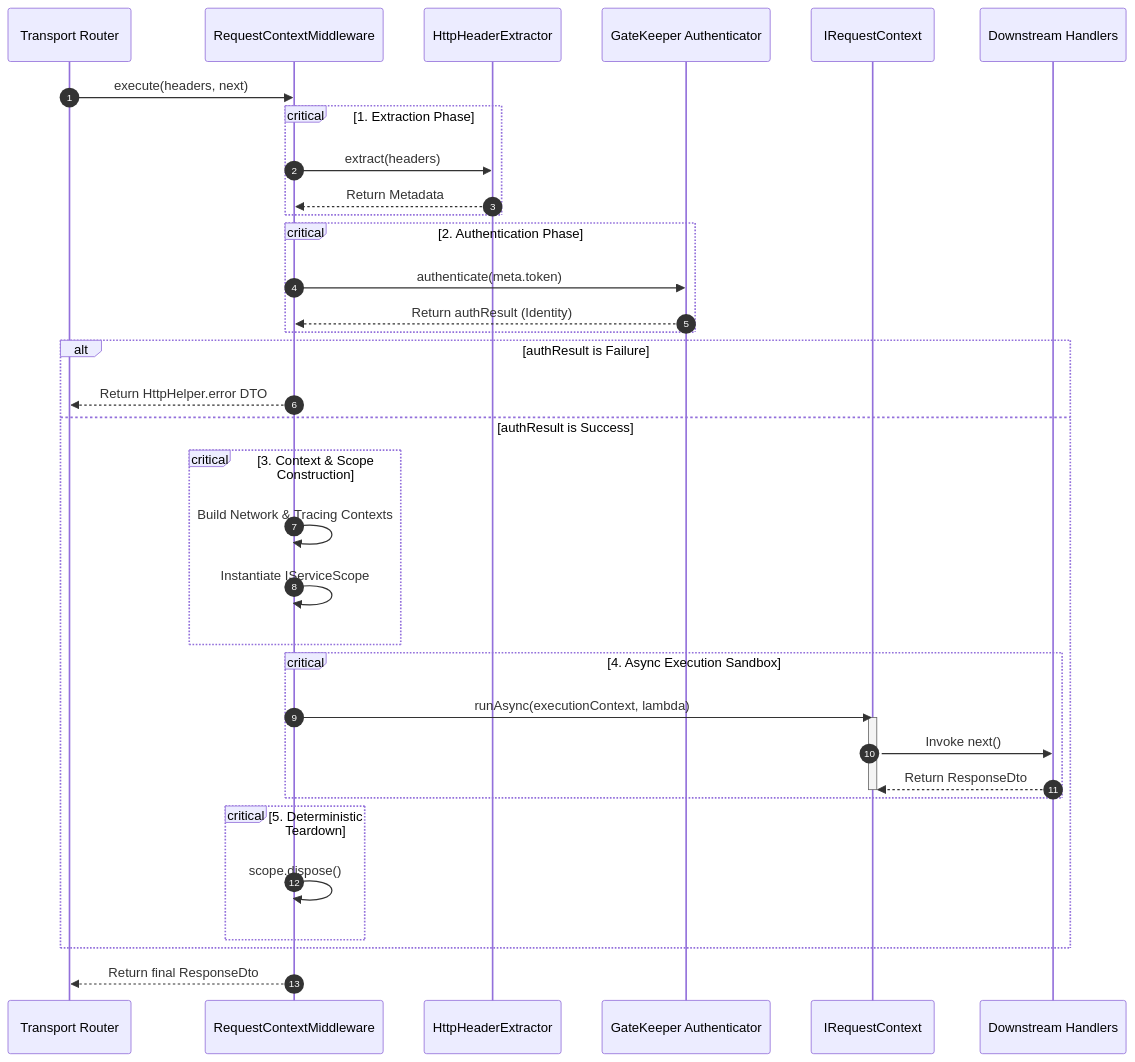
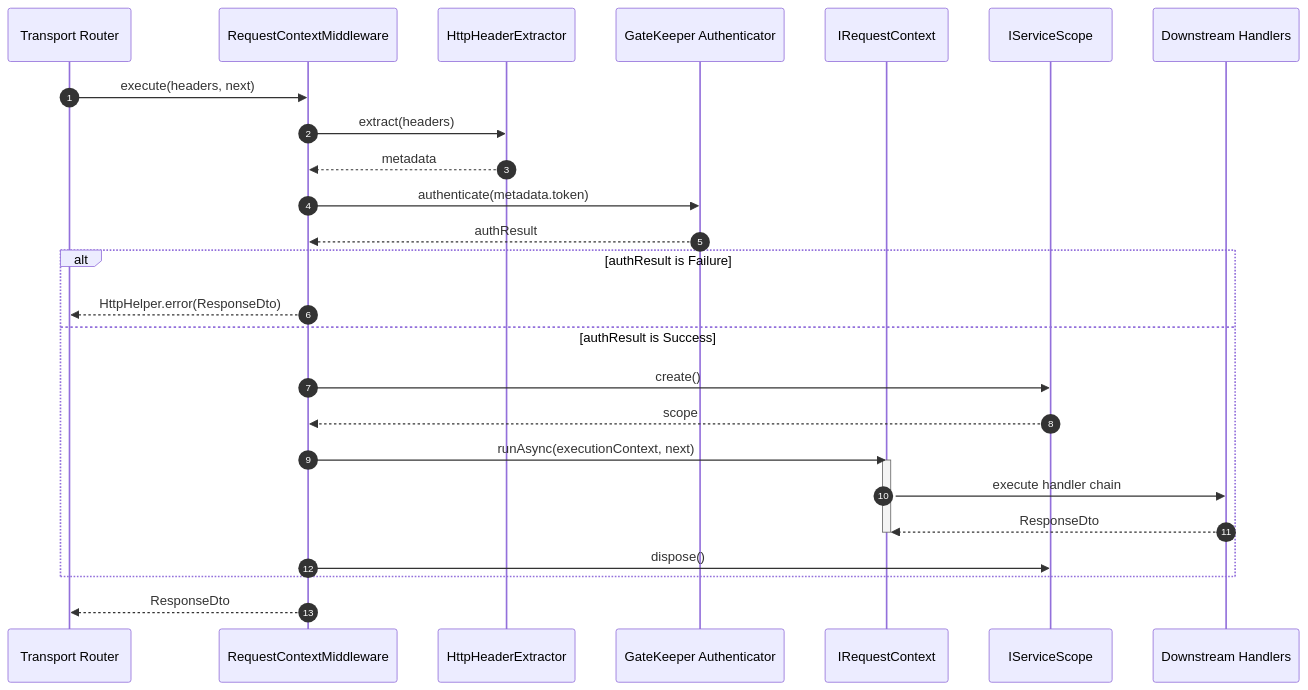
The diagram in documentation/execution-context-middleware/request-identity-storage-lifecycle.md (xeno-js/xeno-js), drawn with Mermaid before and after one commit. The commit also changed other lines of this file and 66 other files, not shown here.

````diff
--- a/documentation/execution-context-middleware/request-identity-storage-lifecycle.md
+++ b/documentation/execution-context-middleware/request-identity-storage-lifecycle.md
@@ -47,40 +93,31 @@
 ```mermaid
 sequenceDiagram
     autonumber
     participant Server as Transport Router
     participant MW as RequestContextMiddleware
     participant Ext as HttpHeaderExtractor
     participant GK as GateKeeper Authenticator
     participant Context as IRequestContext
+    participant Scope as IServiceScope
     participant Next as Downstream Handlers
 
     Server->>MW: execute(headers, next)
-    critical 1. Extraction Phase
-        MW->>Ext: extract(headers)
-        Ext-->>MW: Return Metadata
+    MW->>Ext: extract(headers)
+    Ext-->>MW: metadata
+    MW->>GK: authenticate(metadata.token)
+    GK-->>MW: authResult
+    alt authResult is Failure
+      MW-->>Server: HttpHelper.error(ResponseDto)
+    else authResult is Success
+      MW->>Scope: create()
+      Scope-->>MW: scope
+      MW->>Context: runAsync(executionContext, next)
+      activate Context
+      Context->>Next: execute handler chain
+      Next-->>Context: ResponseDto
+      deactivate Context
+      MW->>Scope: dispose()
     end
-    critical 2. Authentication Phase
-        MW->>GK: authenticate(meta.token)
-        GK-->>MW: Return authResult (Identity)
-    end
-    alt authResult is Failure
-        MW-->>Server: Return HttpHelper.error DTO
-    else authResult is Success
-        critical 3. Context & Scope Construction
-            MW->>MW: Build Network & Tracing Contexts
-            MW->>MW: Instantiate IServiceScope
-        end
-        critical 4. Async Execution Sandbox
-            MW->>Context: runAsync(executionContext, lambda)
-            activate Context
-            Context->>Next: Invoke next()
-            Next-->>Context: Return ResponseDto
-            deactivate Context
-        end
-        critical 5. Deterministic Teardown
-            MW->>MW: scope.dispose()
-        end
-    end
-    MW-->>Server: Return final ResponseDto
+    MW-->>Server: ResponseDto
 
 ```
````
